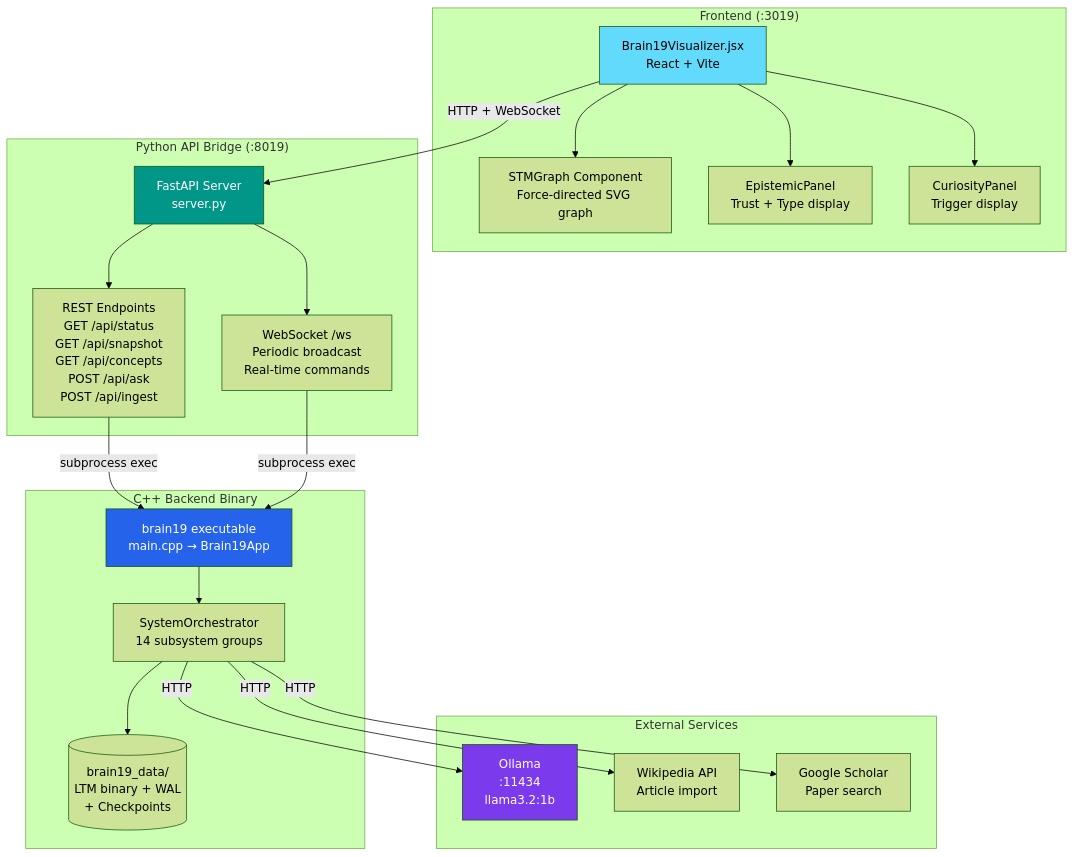
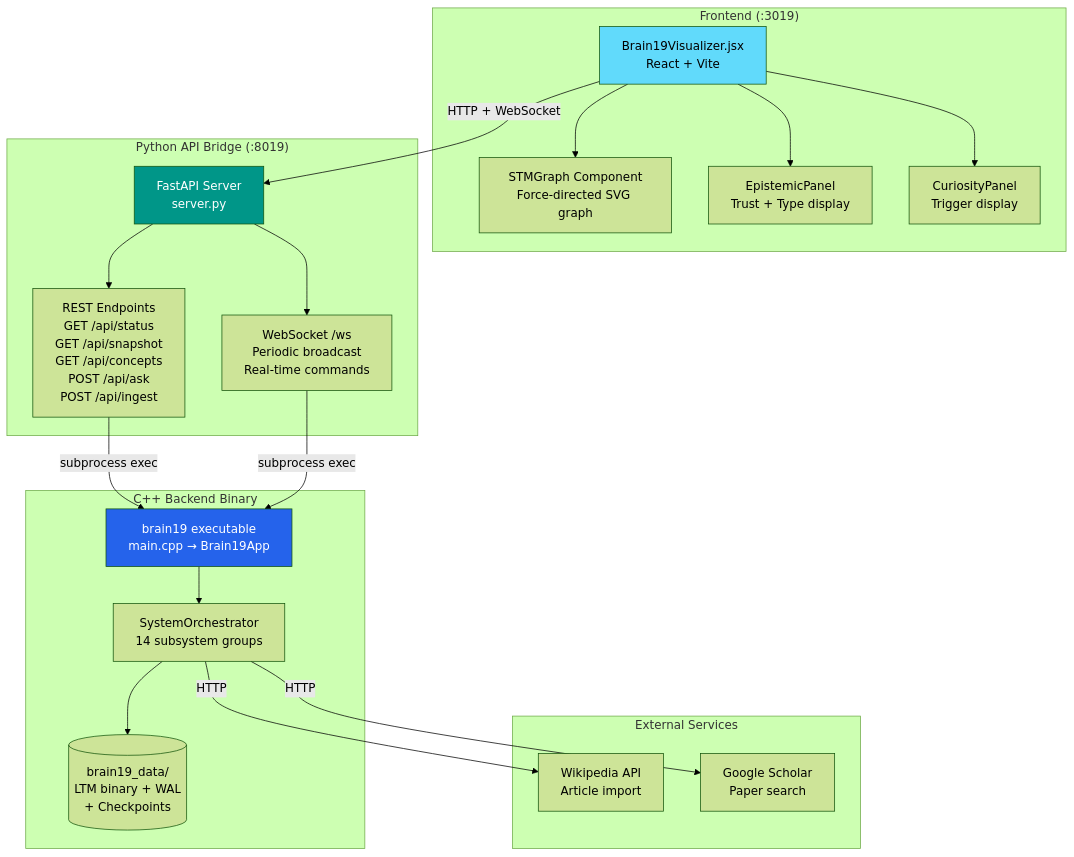
One commit to LtnNoob/Brain changed diagram 17 of 17 in docs/ARCHITECTURE_DIAGRAMS.md. Above: the diagram before and after it, drawn with Mermaid (forest theme). The commit also changed other lines of this file and 30 other files, not shown here.

````diff
--- a/docs/ARCHITECTURE_DIAGRAMS.md
+++ b/docs/ARCHITECTURE_DIAGRAMS.md
@@ -1173,46 +1173,43 @@
 ```mermaid
 flowchart TD
     subgraph Frontend["Frontend (:3019)"]
         VIZ[Brain19Visualizer.jsx<br/>React + Vite]
         STMGraph[STMGraph Component<br/>Force-directed SVG graph]
         EPPanel[EpistemicPanel<br/>Trust + Type display]
         CPanel[CuriosityPanel<br/>Trigger display]
     end
 
     subgraph API["Python API Bridge (:8019)"]
         FA[FastAPI Server<br/>server.py]
         REST["REST Endpoints<br/>GET /api/status<br/>GET /api/snapshot<br/>GET /api/concepts<br/>POST /api/ask<br/>POST /api/ingest"]
         WS["WebSocket /ws<br/>Periodic broadcast<br/>Real-time commands"]
     end
 
     subgraph Backend["C++ Backend Binary"]
         BIN[brain19 executable<br/>main.cpp → Brain19App]
         SO[SystemOrchestrator<br/>14 subsystem groups]
         DATA[(brain19_data/<br/>LTM binary + WAL<br/>+ Checkpoints)]
     end
 
     subgraph External["External Services"]
-        OLLAMA[Ollama<br/>:11434<br/>llama3.2:1b]
         WIKI[Wikipedia API<br/>Article import]
         SCHOLAR[Google Scholar<br/>Paper search]
     end
 
     VIZ --> STMGraph
     VIZ --> EPPanel
     VIZ --> CPanel
     VIZ -->|HTTP + WebSocket| FA
     FA --> REST
     FA --> WS
     REST -->|subprocess exec| BIN
     WS -->|subprocess exec| BIN
     BIN --> SO
     SO --> DATA
-    SO -->|HTTP| OLLAMA
     SO -->|HTTP| WIKI
     SO -->|HTTP| SCHOLAR
 
     style VIZ fill:#61dafb,color:#000
     style FA fill:#009688,color:#fff
     style BIN fill:#2563eb,color:#fff
-    style OLLAMA fill:#7c3aed,color:#fff
 ```
````
